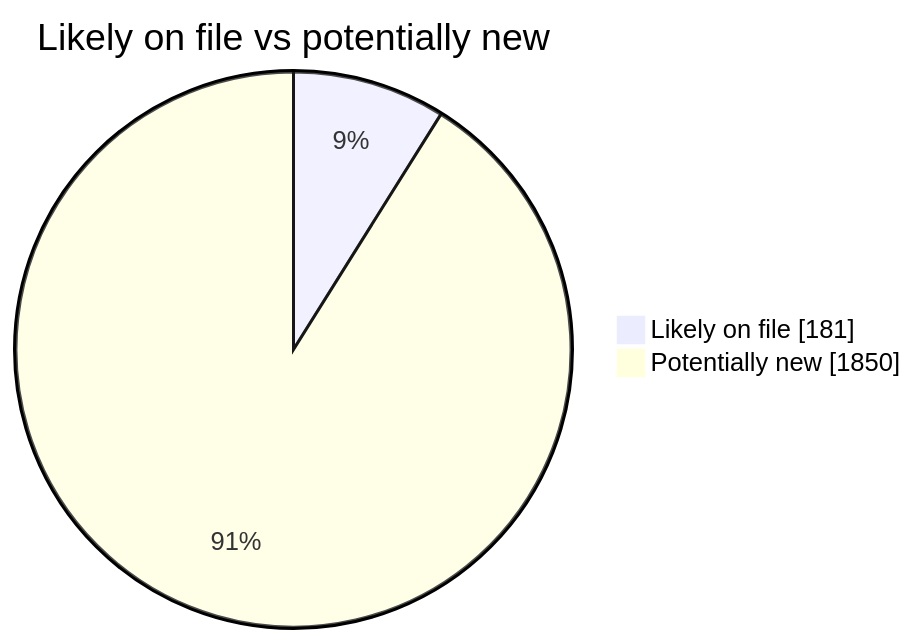
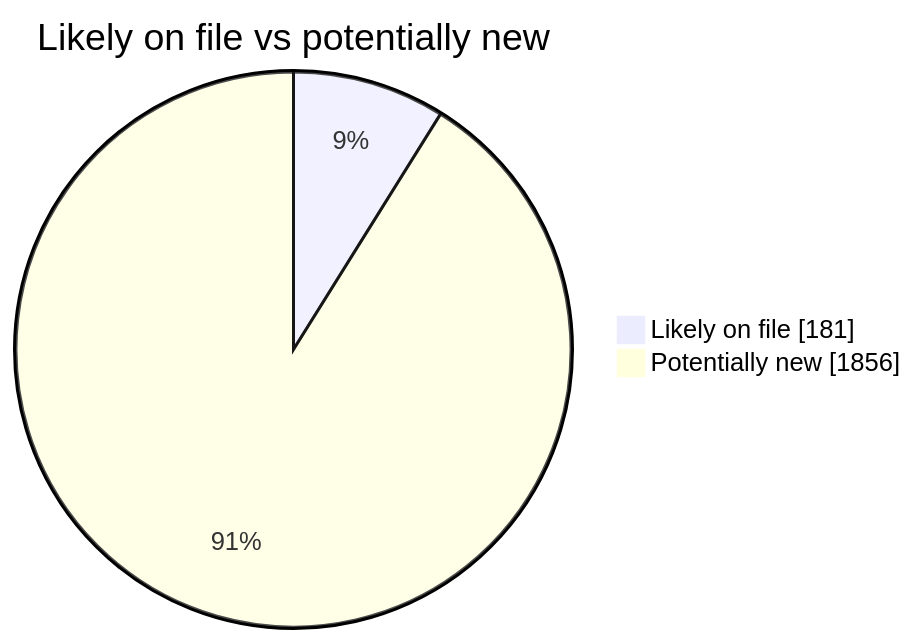
The second of 4 diagrams in README.md (martinbalfanz/social-scanner-reports), drawn with Mermaid before and after one commit. The commit also changed other lines of this file and 4 other files, not shown here.

````diff
--- a/README.md
+++ b/README.md
@@ -40,5 +40,5 @@
 ```mermaid
 pie showData title Likely on file vs potentially new
     "Likely on file" : 181
-    "Potentially new" : 1850
+    "Potentially new" : 1856
 ```
````
